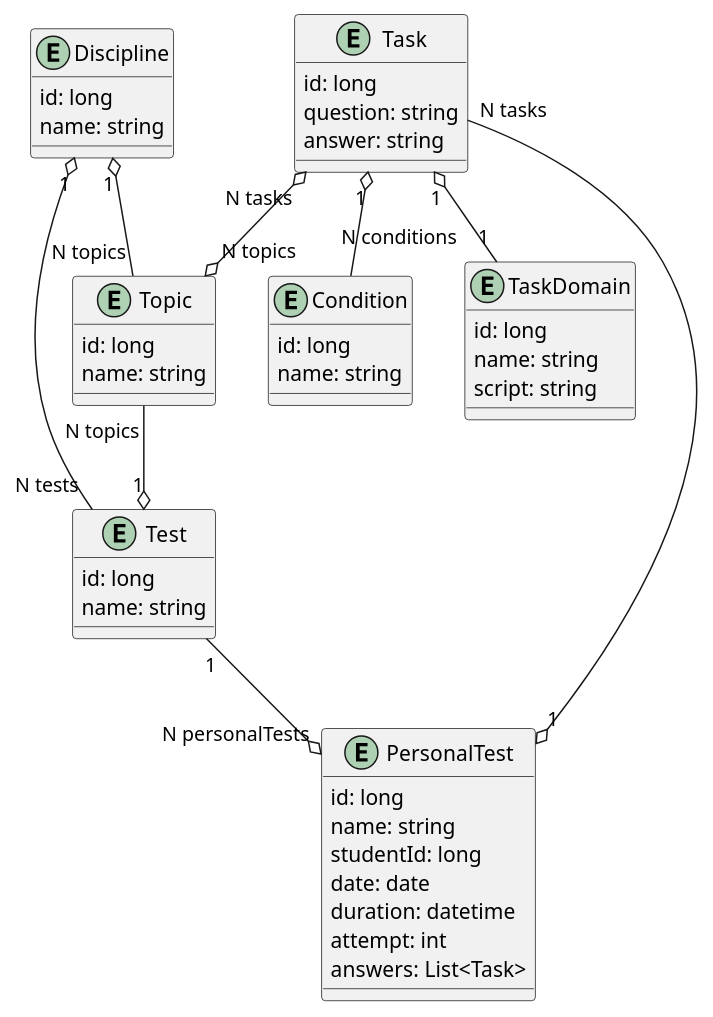
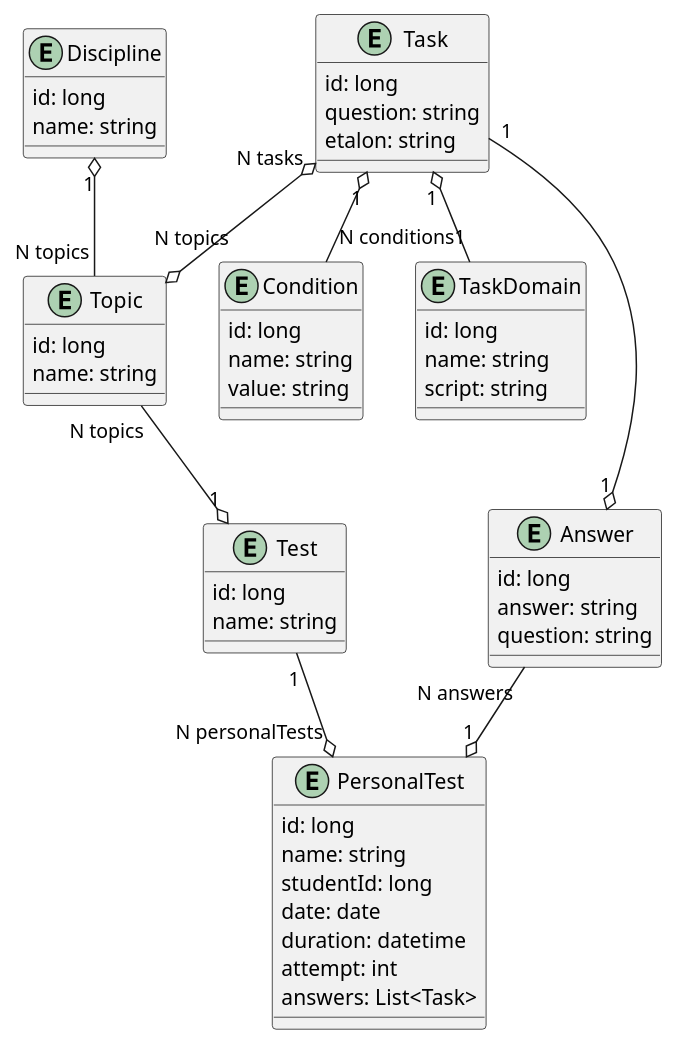
One commit to vereshaka/sytoss-trainee-platform5 changed the diagram in documentation/diagrams/BomDiagram.puml. Above: the diagram before and after it, drawn with PlantUML.

Commit message:
[STP-50] new BOM diagram

```diff
--- a/documentation/diagrams/BomDiagram.puml
+++ b/documentation/diagrams/BomDiagram.puml
@@ -1,57 +1,63 @@
 @startuml
 
 entity Discipline {
 id: long
 name: string
 }
 
 entity Topic {
 id: long
 name: string
 }
 
 entity Task {
 id: long
 question: string
-answer: string
+etalon: string
 }
 
 entity Condition {
 id: long
 name: string
+value: string
 }
 
 entity TaskDomain {
 id: long
 name: string
 script: string
 }
 
 entity Test {
 id: long
 name: string
 }
 
 entity PersonalTest {
 id: long
 name: string
 studentId: long
 date: date
 duration: datetime
 attempt: int
 answers: List<Task>
 }
+entity Answer{
+id: long
+answer: string
+question: string
+}
 
 Task "1" o-- "N conditions" Condition
 Task "N tasks" o--o "N topics" Topic
 Task "1" o-- "1" TaskDomain
-Task "N tasks" --o "1" PersonalTest
+Task "1" --o "1" Answer
 
+Answer "N answers" --o "1" PersonalTest
 Topic "N topics" --o "1" Test
 
 Test "1" --o "N personalTests" PersonalTest
 
 Discipline "1" o-- "N topics" Topic
-Discipline "1" o-- "N tests" Test
 
 @enduml
```
